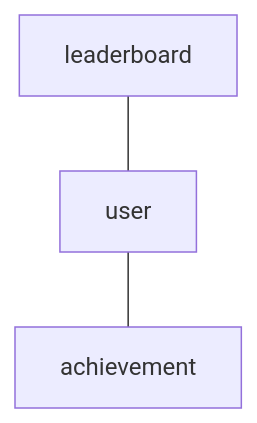
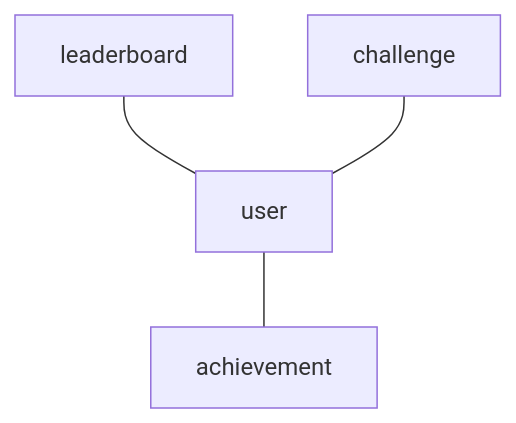
One commit to andrei0686/sportApp changed the diagram in docs/BASE_ARCH/GAME.md. Above: the diagram before and after it, drawn with Mermaid. The commit also changed other lines of this file and 5 other files, not shown here.

````diff
--- a/docs/BASE_ARCH/GAME.md
+++ b/docs/BASE_ARCH/GAME.md
@@ -3,5 +4,6 @@
 ```mermaid
 flowchart
     user --- achievement
     leaderboard --- user
+    challenge --- user
 ```
````
